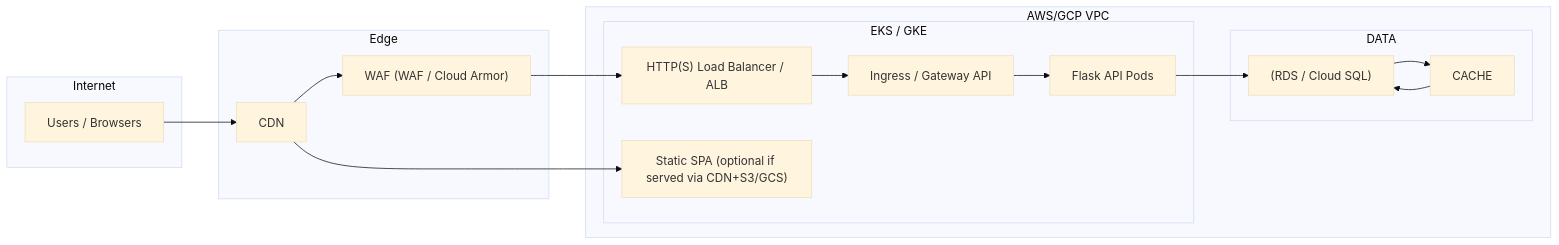
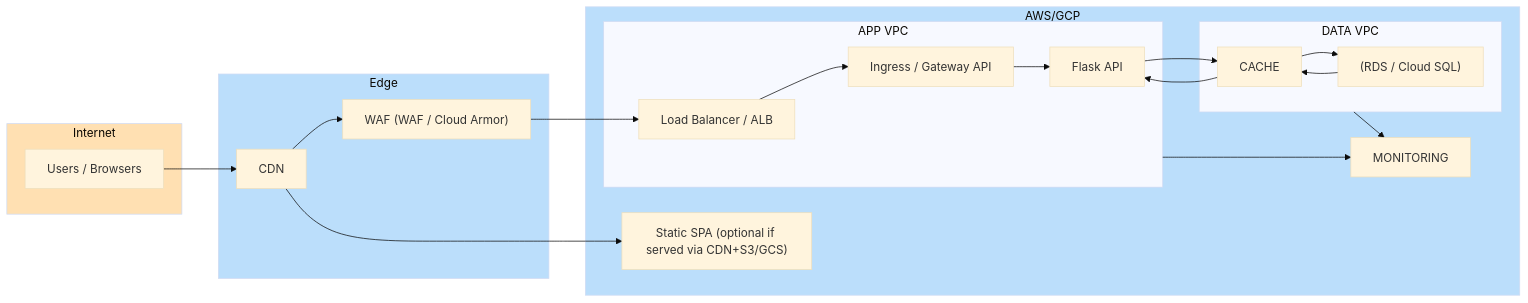
The diagram in readme.md (fulgorek/innovateinc), drawn with Mermaid (base theme) before and after one commit.

````diff
--- a/readme.md
+++ b/readme.md
@@ -238,32 +238,40 @@
 ```mermaid
 flowchart LR
-  subgraph Internet
-    User["Users / Browsers"]
+ subgraph Internet["Internet"]
+        User["Users / Browsers"]
   end
+ subgraph Edge["Edge"]
+        CDN["CDN"]
+        WAF["WAF (WAF / Cloud Armor)"]
+  end
+ subgraph APP["APP VPC"]
+        ALB["Load Balancer / ALB"]
+        Ingress["Ingress / Gateway API"]
+        API["Flask API"]
+  end
+ subgraph DATA["DATA VPC"]
+        CACHE["CACHE"]
+        DB["(RDS / Cloud SQL)"]
+  end
+ subgraph CLOUD["AWS/GCP"]
+        APP
+        SPA["Static SPA (optional if served via CDN+S3/GCS)"]
+        MONITORING["MONITORING"]
+        DATA
+  end
+    User --> CDN
+    CDN --> WAF & SPA
+    WAF --> ALB
+    ALB --> Ingress
+    Ingress --> API
+    API --> CACHE
+    CACHE --> API & DB
+    DB --> CACHE
+    APP --> MONITORING
+    DATA --> MONITORING
 
-  subgraph Edge["Edge"]
-    CDN["CDN"]
-    WAF["WAF (WAF / Cloud Armor)"]
-  end
-
-  subgraph AWSVPC["AWS/GCP VPC"]
-    
-    subgraph EKS["EKS / GKE"]
-      ALB["HTTP(S) Load Balancer / ALB"]
-      Ingress["Ingress / Gateway API"]
-      API["Flask API Pods"]
-      SPA["Static SPA (optional if served via CDN+S3/GCS)"]
-    end
-    
-    subgraph AWSDATAVPC["DATA"]
-      DB["(RDS / Cloud SQL)"]
-      CACHE["CACHE"]
-    end
-  end
-
-  User --> CDN --> WAF --> ALB --> Ingress --> API
-  CDN --> SPA
-  API --> DB
-  DB --> CACHE -->DB
+    style CLOUD fill:#BBDEFB
+    style Edge fill:#BBDEFB
+    style Internet fill:#FFE0B2
 
 ```
````
